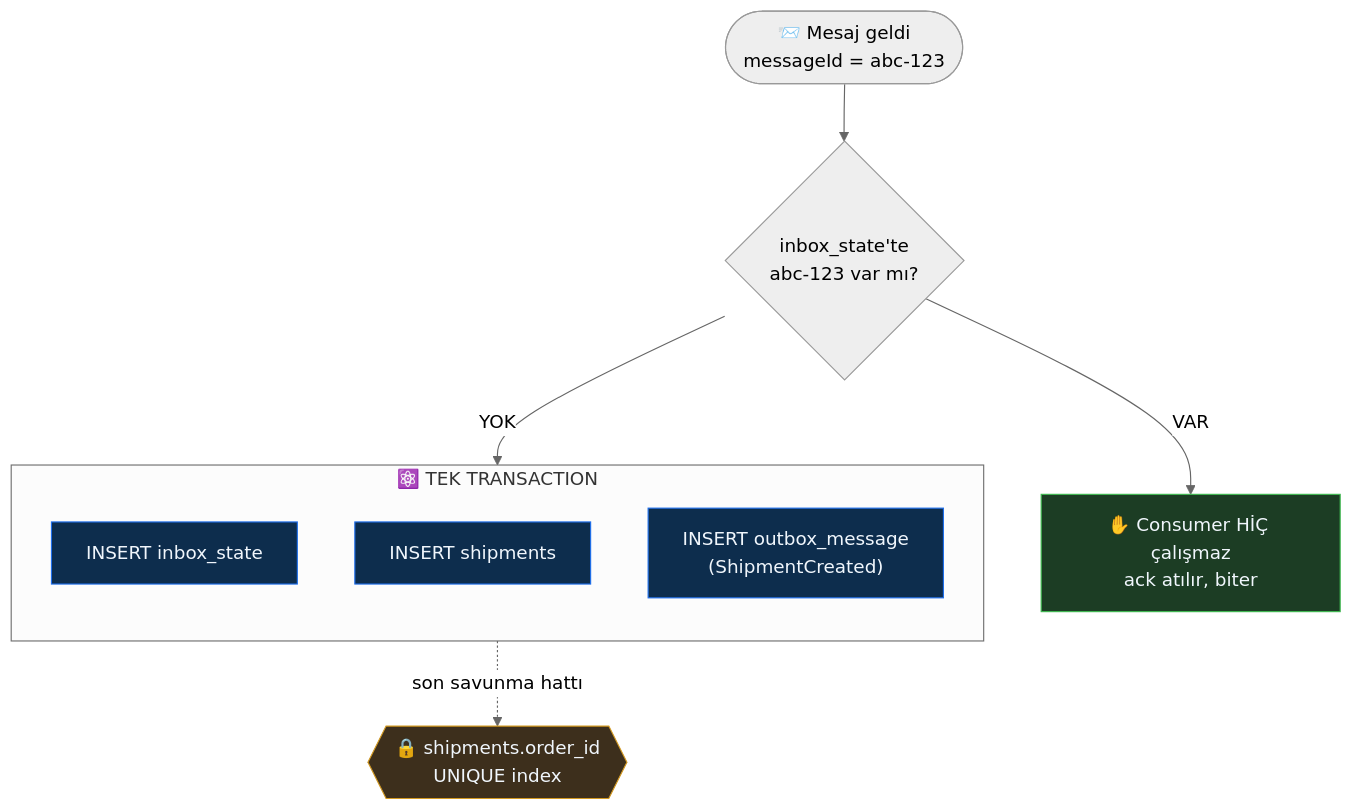
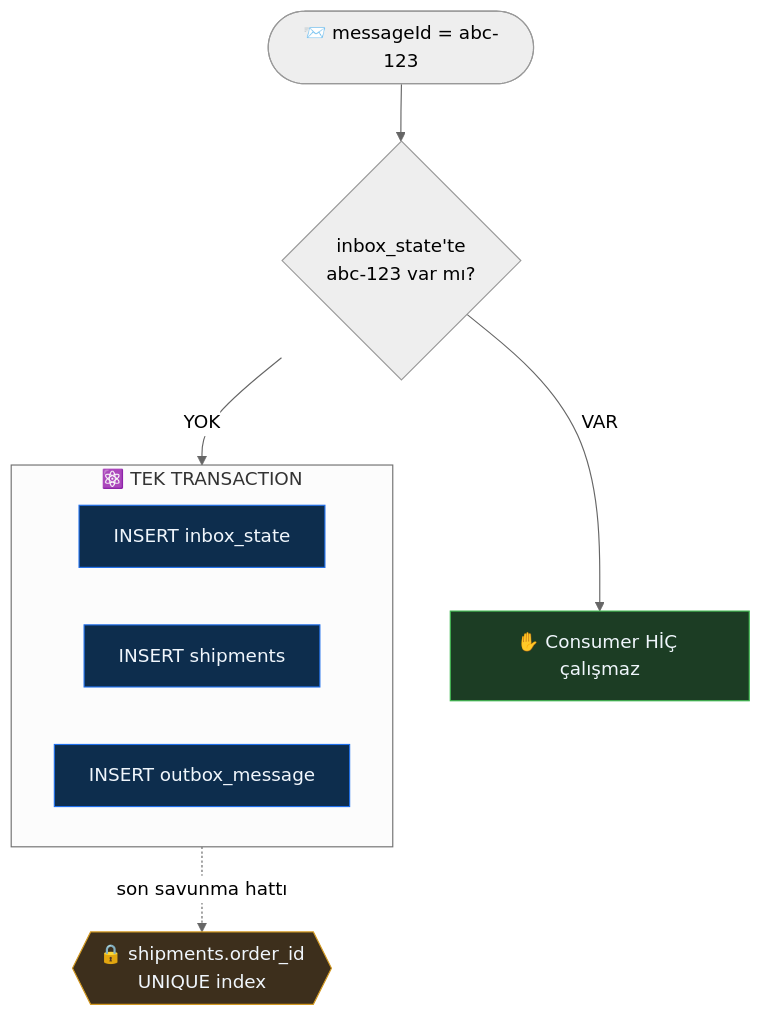
Before and after one commit to erenctns/Logistic-Microservice_Mvp: the seventh of 7 diagrams in README.md, drawn with Mermaid (neutral theme). The commit also changed other lines of this file, not shown here.

````diff
--- a/README.md
+++ b/README.md
@@ -470,27 +308,24 @@
 ```mermaid
 flowchart TB
-    MSG(["📨 Mesaj geldi<br/>messageId = abc-123"])
+    MSG(["📨 messageId = abc-123"])
     CHECK{"inbox_state'te<br/>abc-123 var mı?"}
-    SKIP["✋ Consumer HİÇ çalışmaz<br/>ack atılır, biter"]
-
+    SKIP["✋ Consumer HİÇ çalışmaz"]
     subgraph TX2["⚛️ TEK TRANSACTION"]
-        direction TB
         T1["INSERT inbox_state"]
         T2["INSERT shipments"]
-        T3["INSERT outbox_message<br/>(ShipmentCreated)"]
+        T3["INSERT outbox_message"]
     end
-
     UNIQUE{{"🔒 shipments.order_id<br/>UNIQUE index"}}
 
     MSG --> CHECK
     CHECK -->|"VAR"| SKIP
     CHECK -->|"YOK"| TX2
     TX2 -.->|"son savunma hattı"| UNIQUE
 
     classDef skip fill:#1c3d24,stroke:#3fb950,color:#f0f6fc
     classDef tx fill:#0d2d4d,stroke:#1f6feb,color:#f0f6fc
     classDef lock fill:#3d2f1c,stroke:#d29922,color:#f0f6fc
     class SKIP skip
     class T1,T2,T3 tx
     class UNIQUE lock
 ```
````
